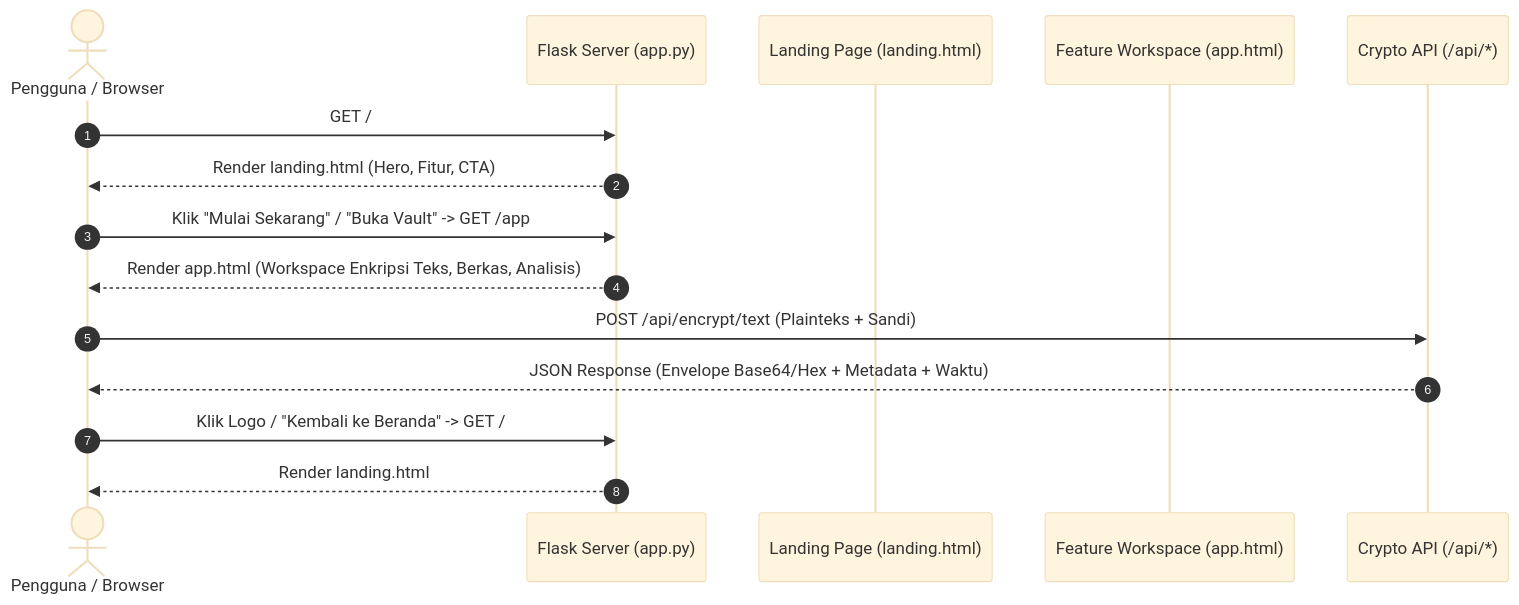
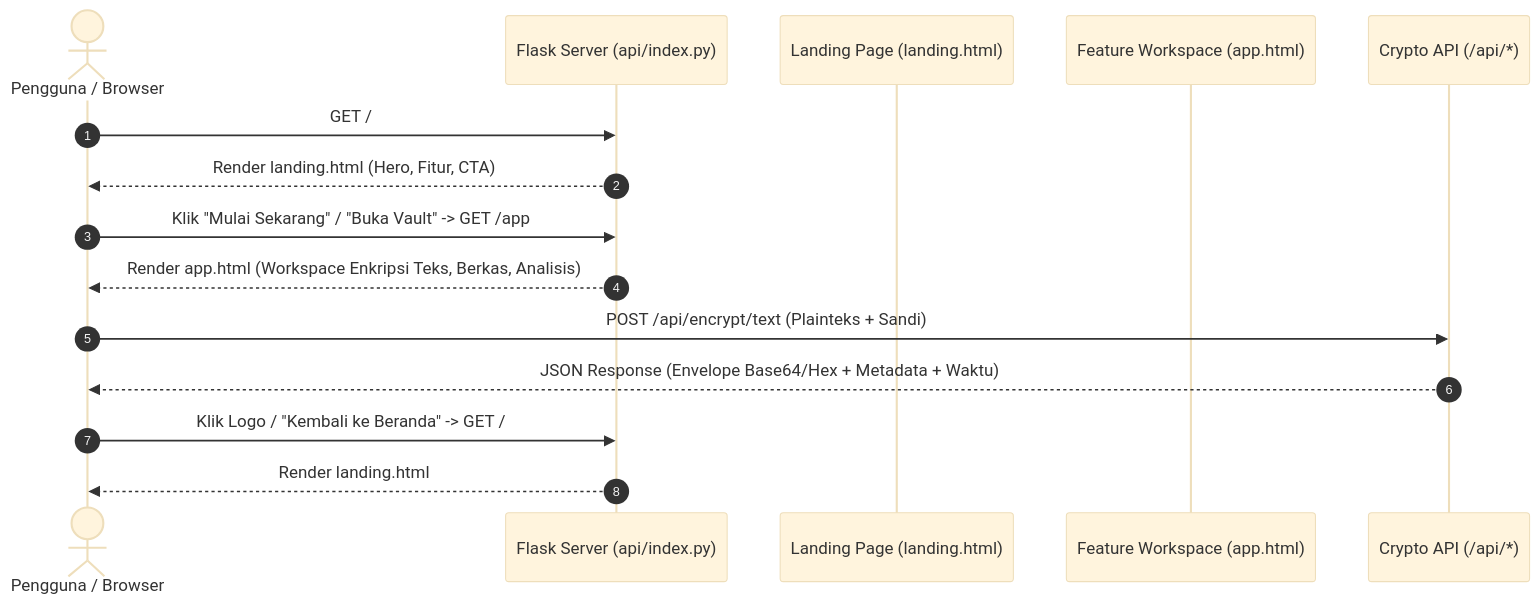
One commit to Discbrake023/cipherly-encryption changed the second of 3 diagrams in docs/architecture.md. Above: the diagram before and after it, drawn with Mermaid (base theme). The commit also changed other lines of this file and 4 other files, not shown here.

Commit message:
Siapkan deploy Vercel: entrypoint api/index.py, rename run_dev.py, guardrail test

````diff
--- a/docs/architecture.md
+++ b/docs/architecture.md
@@ -119,21 +121,21 @@
 ```mermaid
 sequenceDiagram
     autonumber
     actor User as Pengguna / Browser
-    participant Flask as Flask Server (app.py)
+    participant Flask as Flask Server (api/index.py)
     participant LandingView as Landing Page (landing.html)
     participant AppView as Feature Workspace (app.html)
     participant API as Crypto API (/api/*)
 
     User->>Flask: GET /
     Flask-->>User: Render landing.html (Hero, Fitur, CTA)
     
     User->>Flask: Klik "Mulai Sekarang" / "Buka Vault" -> GET /app
     Flask-->>User: Render app.html (Workspace Enkripsi Teks, Berkas, Analisis)
     
     User->>API: POST /api/encrypt/text (Plainteks + Sandi)
     API-->>User: JSON Response (Envelope Base64/Hex + Metadata + Waktu)
     
     User->>Flask: Klik Logo / "Kembali ke Beranda" -> GET /
     Flask-->>User: Render landing.html
 ```
````
